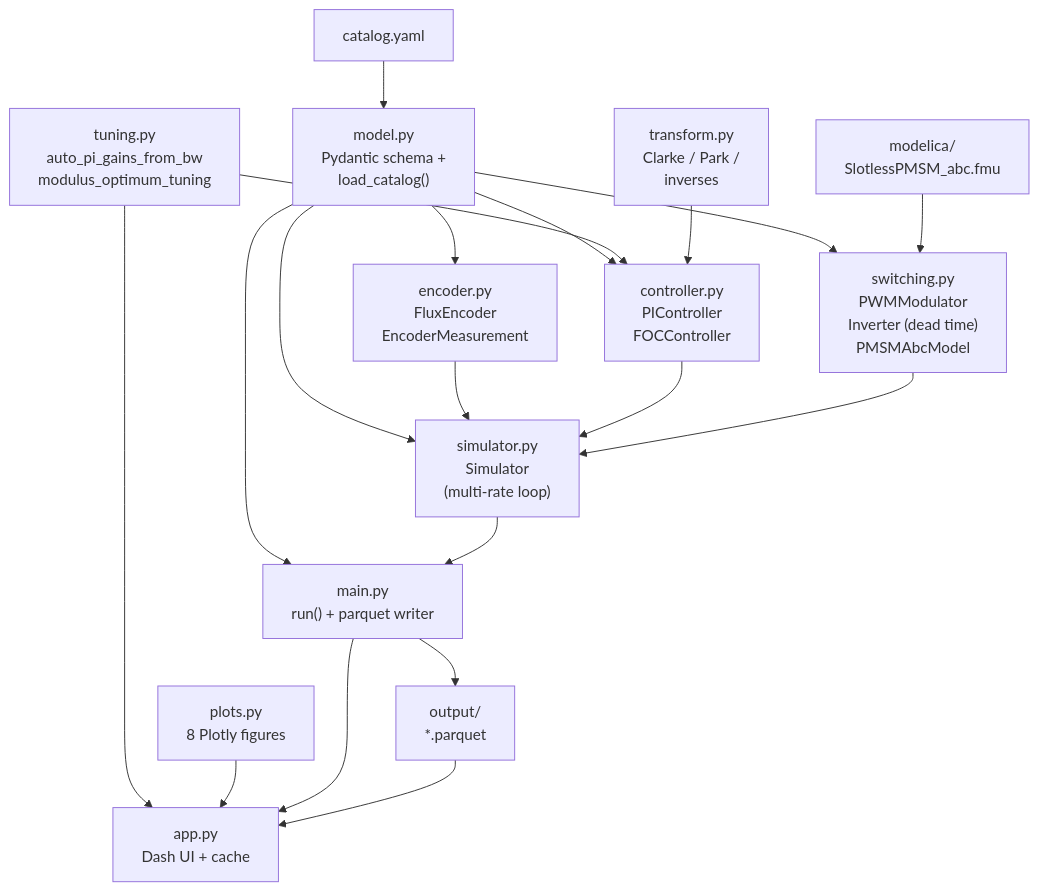
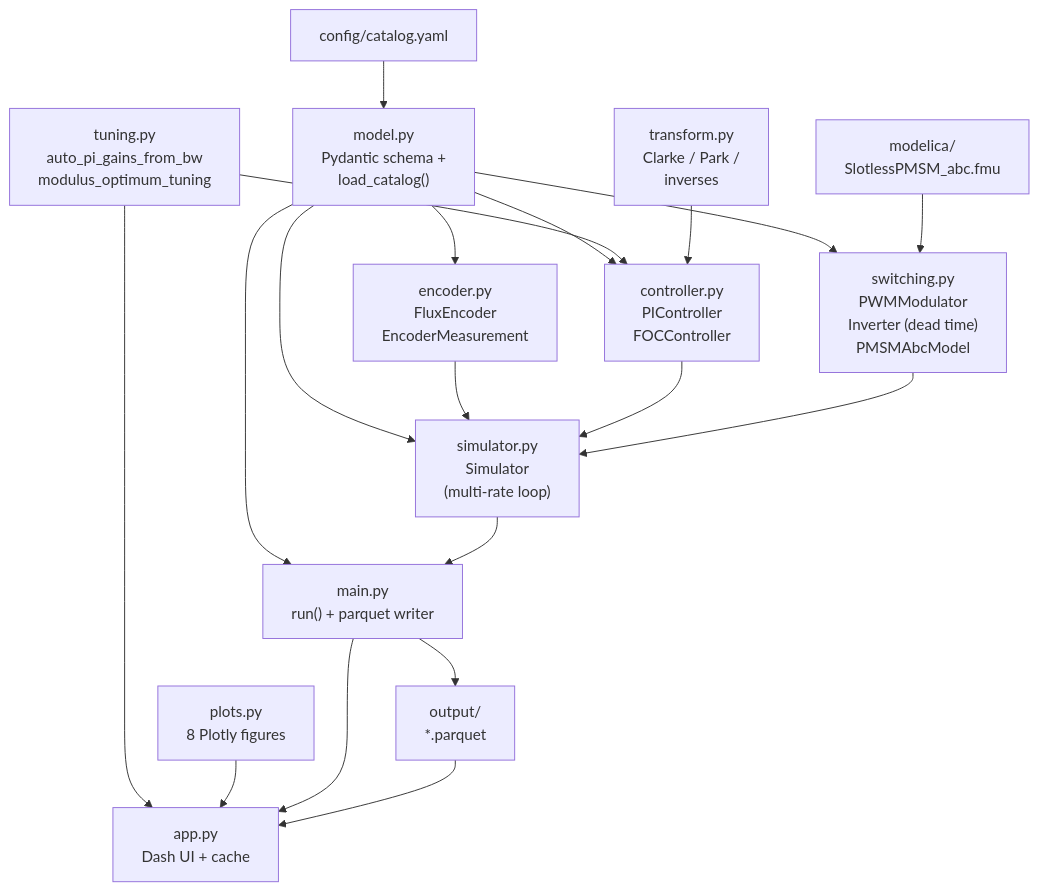
Before and after one commit to PhillipMaree/slimtorq-control: the third of 3 diagrams in README.md, drawn with Mermaid. The commit also changed other lines of this file and 4 other files, not shown here.

````diff
--- a/README.md
+++ b/README.md
@@ -108,55 +108,55 @@
 ```mermaid
 graph TD
-    catalog["catalog.yaml"]
+    catalog["config/catalog.yaml"]
     model["model.py
     Pydantic schema +
     load_catalog()"]
     tuning["tuning.py
     auto_pi_gains_from_bw
     modulus_optimum_tuning"]
     transform["transform.py
     Clarke / Park /
     inverses"]
     controller["controller.py
     PIController
     FOCController"]
     encoder["encoder.py
     FluxEncoder
     EncoderMeasurement"]
     switching["switching.py
     PWMModulator
     Inverter (dead time)
     PMSMAbcModel"]
     fmu["modelica/
     SlotlessPMSM_abc.fmu"]
     simulator["simulator.py
     Simulator
     (multi-rate loop)"]
     main["main.py
     run() + parquet writer"]
     plots["plots.py
     8 Plotly figures"]
     app["app.py
     Dash UI + cache"]
     parquet["output/
     *.parquet"]
 
     catalog --> model
     model --> controller
     model --> switching
     model --> encoder
     model --> simulator
     model --> main
     tuning --> controller
     tuning --> app
     transform --> controller
     encoder --> simulator
     controller --> simulator
     switching --> simulator
     fmu --> switching
     simulator --> main
     main --> parquet
     plots --> app
     main --> app
     parquet --> app
 ```
````
